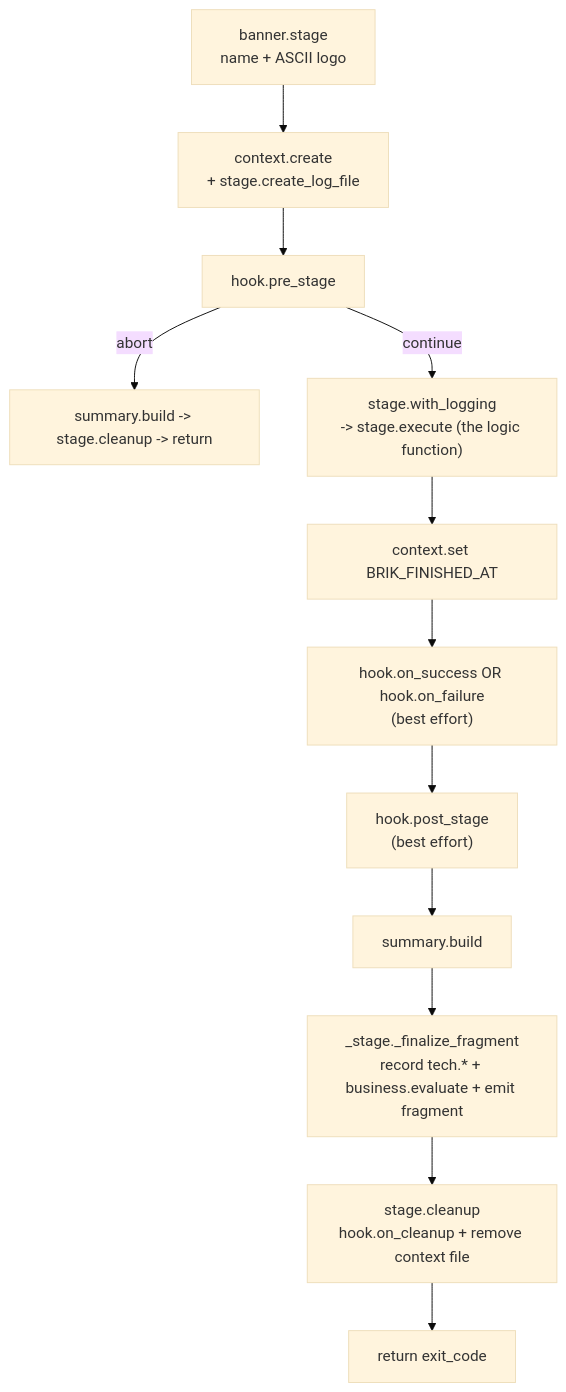
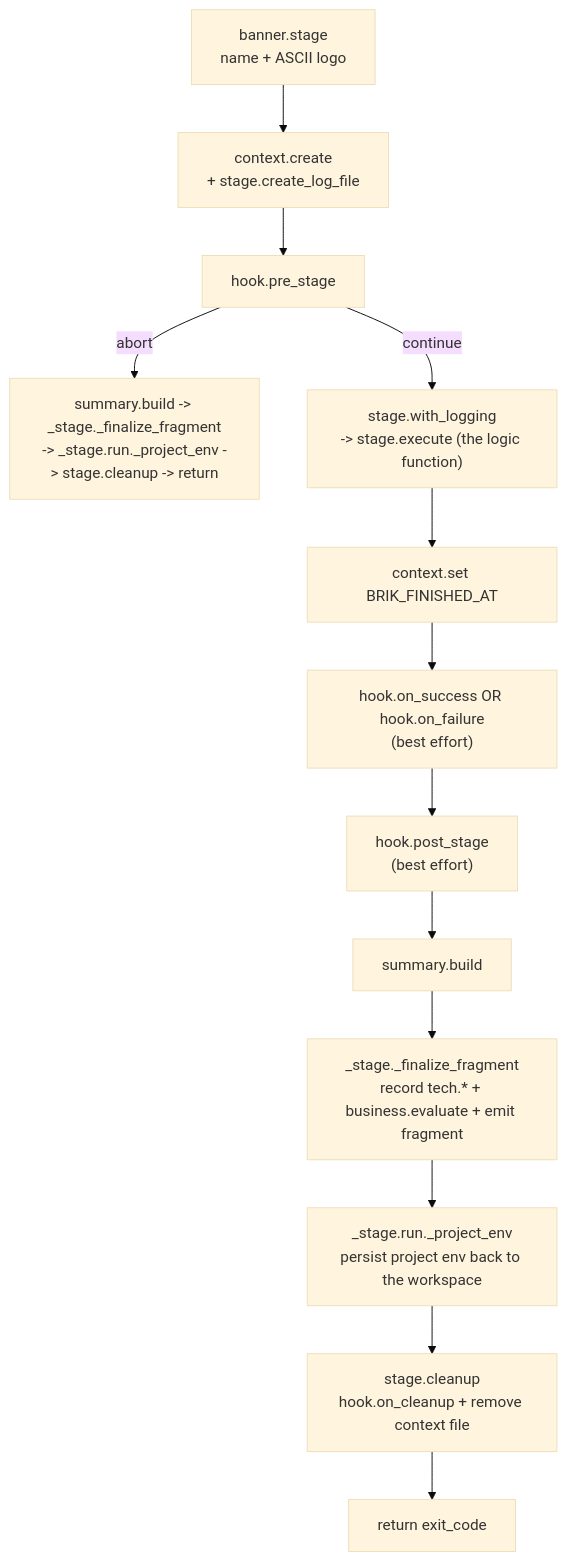
Before and after one commit to getbrik/brik: the diagram in docs/internals/stage-lifecycle.md, drawn with Mermaid (base theme). The commit also changed 33 other files, not shown here.

````diff
--- a/docs/internals/stage-lifecycle.md
+++ b/docs/internals/stage-lifecycle.md
@@ -11,14 +11,15 @@
 ```mermaid
 flowchart TD
     A["banner.stage<br/>name + ASCII logo"] --> B["context.create<br/>+ stage.create_log_file"]
     B --> C["hook.pre_stage"]
-    C -->|abort| Z["summary.build -> stage.cleanup -> return"]
+    C -->|abort| Z["summary.build -> _stage._finalize_fragment<br/>-> _stage.run._project_env -> stage.cleanup -> return"]
     C -->|continue| D["stage.with_logging<br/>-> stage.execute (the logic function)"]
     D --> E["context.set BRIK_FINISHED_AT"]
     E --> F["hook.on_success OR hook.on_failure<br/>(best effort)"]
     F --> G["hook.post_stage<br/>(best effort)"]
     G --> H["summary.build"]
     H --> I["_stage._finalize_fragment<br/>record tech.* + business.evaluate + emit fragment"]
-    I --> J["stage.cleanup<br/>hook.on_cleanup + remove context file"]
+    I --> P["_stage.run._project_env<br/>persist project env back to the workspace"]
+    P --> J["stage.cleanup<br/>hook.on_cleanup + remove context file"]
     J --> K["return exit_code"]
 ```
````
